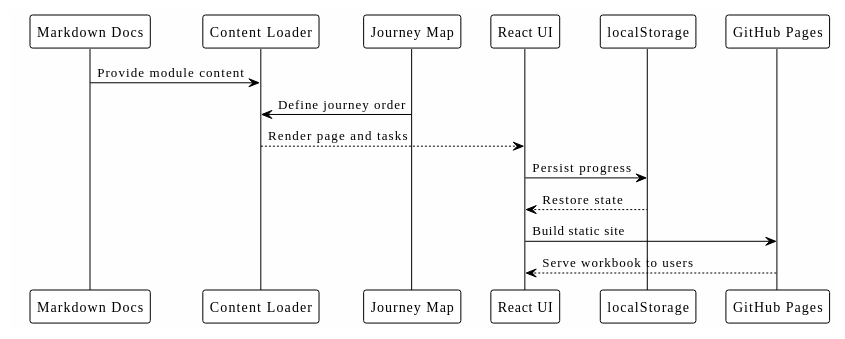
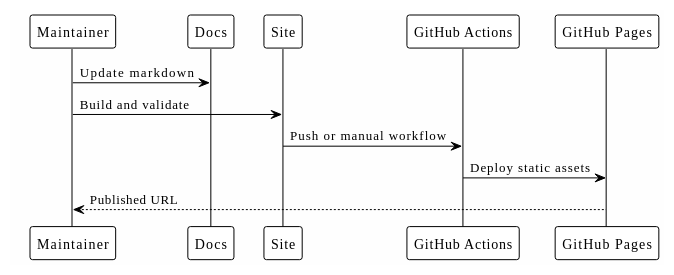
One commit to ivanhoinacki/codex-workflow-workbook changed the diagram in docs/16-github-pages-workbook.md. Above: the diagram before and after it, drawn with PlantUML. The commit also changed other lines of this file and 39 other files, not shown here.

````diff
--- a/docs/16-github-pages-workbook.md
+++ b/docs/16-github-pages-workbook.md
@@ -30,21 +26,18 @@
 ```plantuml
 @startuml
 !theme plain
 skinparam backgroundColor #FEFEFE
 
-participant "Markdown Docs" as Docs
-participant "Content Loader" as Loader
-participant "Journey Map" as Map
-participant "React UI" as UI
-participant localStorage
+participant Maintainer
+participant Docs
+participant Site
+participant "GitHub Actions" as Actions
 participant "GitHub Pages" as Pages
 
-Docs -> Loader: Provide module content
-Map -> Loader: Define journey order
-Loader --> UI: Render page and tasks
-UI -> localStorage: Persist progress
-localStorage --> UI: Restore state
-UI -> Pages: Build static site
-Pages --> UI: Serve workbook to users
+Maintainer -> Docs: Update markdown
+Maintainer -> Site: Build and validate
+Site -> Actions: Push or manual workflow
+Actions -> Pages: Deploy static assets
+Pages --> Maintainer: Published URL
 @enduml
 ```
````
